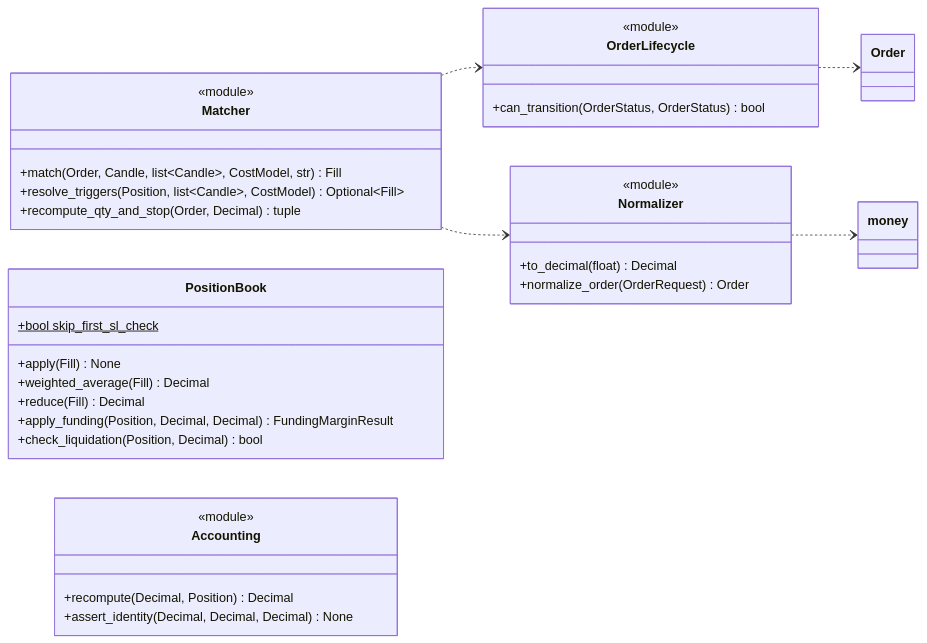
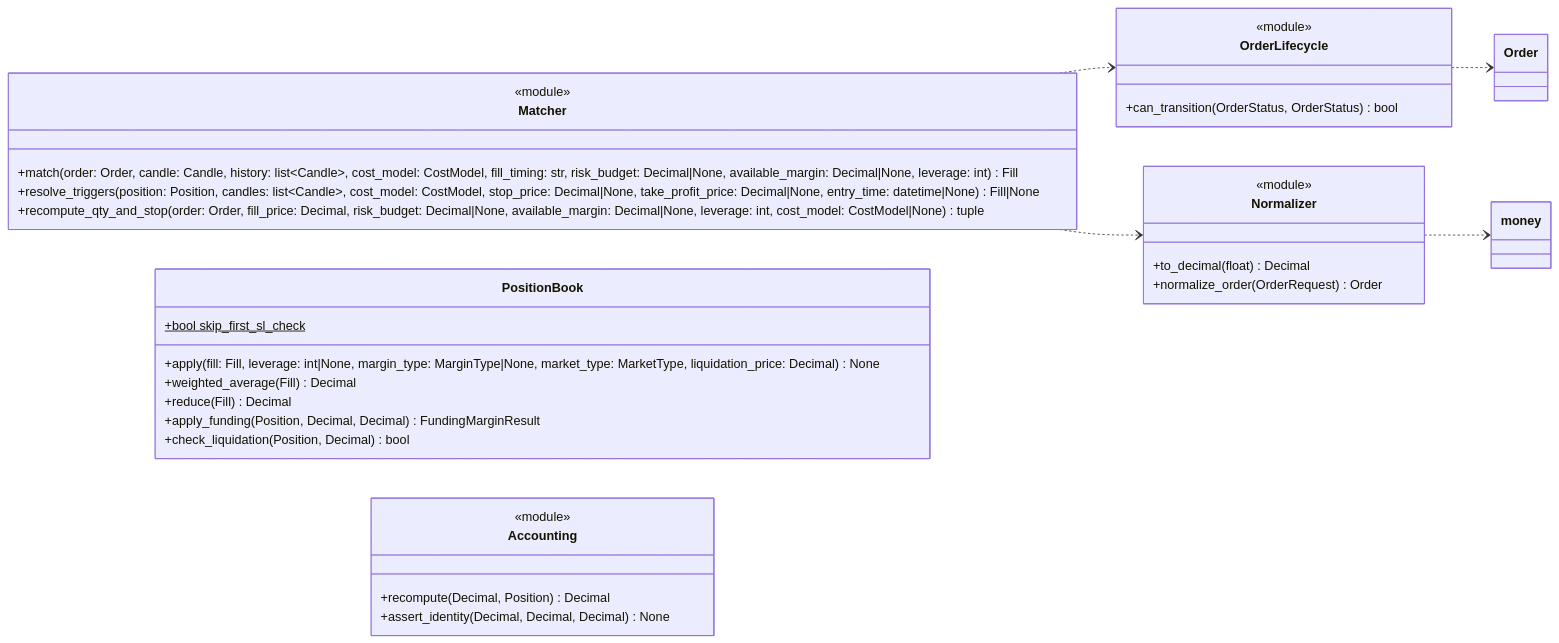
One commit to vessel35/trading-system-v2 changed diagram 21 of 38 in docs/fullspec/backtest_v2_detailed_design.md. Above: the diagram before and after it, drawn with Mermaid. The commit also changed other lines of this file and 1 other file, not shown here.

````diff
--- a/docs/fullspec/backtest_v2_detailed_design.md
+++ b/docs/fullspec/backtest_v2_detailed_design.md
@@ -1964,36 +2477,36 @@
 ```mermaid
 classDiagram
     direction LR
     class OrderLifecycle {
         <<module>>
         +can_transition(OrderStatus, OrderStatus) bool
     }
     class Matcher {
         <<module>>
-        +match(Order, Candle, list~Candle~, CostModel, str) Fill
-        +resolve_triggers(Position, list~Candle~, CostModel) Optional~Fill~
-        +recompute_qty_and_stop(Order, Decimal) tuple
+        +match(order: Order, candle: Candle, history: list~Candle~, cost_model: CostModel, fill_timing: str, risk_budget: Decimal|None, available_margin: Decimal|None, leverage: int) Fill
+        +resolve_triggers(position: Position, candles: list~Candle~, cost_model: CostModel, stop_price: Decimal|None, take_profit_price: Decimal|None, entry_time: datetime|None) Fill|None
+        +recompute_qty_and_stop(order: Order, fill_price: Decimal, risk_budget: Decimal|None, available_margin: Decimal|None, leverage: int, cost_model: CostModel|None) tuple
     }
     class PositionBook {
-        +apply(Fill) None
+        +apply(fill: Fill, leverage: int|None, margin_type: MarginType|None, market_type: MarketType, liquidation_price: Decimal) None
         +weighted_average(Fill) Decimal
         +reduce(Fill) Decimal
         +apply_funding(Position, Decimal, Decimal) FundingMarginResult
         +check_liquidation(Position, Decimal) bool
         +bool skip_first_sl_check$
     }
     class Accounting {
         <<module>>
         +recompute(Decimal, Position) Decimal
         +assert_identity(Decimal, Decimal, Decimal) None
     }
     class Normalizer {
         <<module>>
         +to_decimal(float) Decimal
         +normalize_order(OrderRequest) Order
     }
     Matcher ..> OrderLifecycle
     Matcher ..> Normalizer
     OrderLifecycle ..> Order
     Normalizer ..> money
 ```
````
